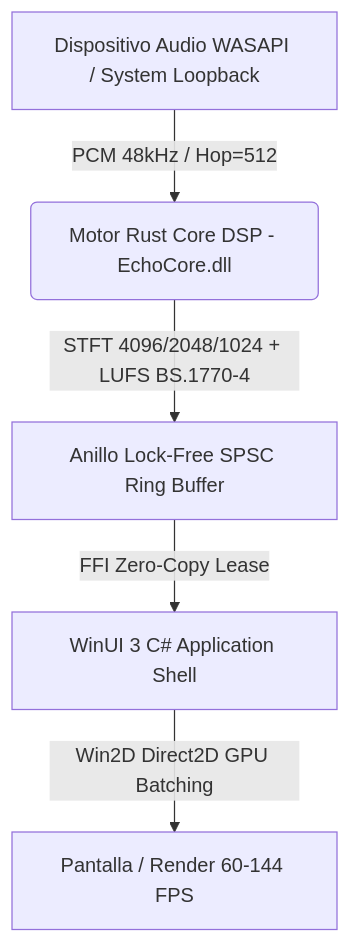
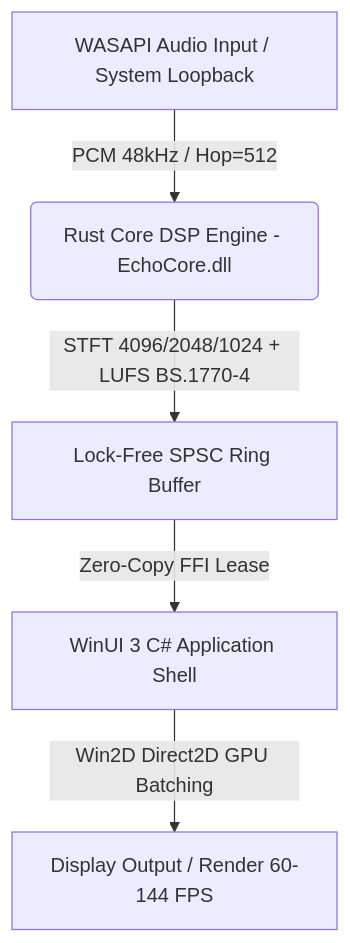
Before and after one commit to Jose-Polanco-Oxte/Echos-Live-Music-Visualizer: the diagram in README.md, drawn with Mermaid. The commit also changed other lines of this file and 2 other files, not shown here.

````diff
--- a/README.md
+++ b/README.md
@@ -60,7 +60,7 @@
 ```mermaid
 graph TD
-    A[Dispositivo Audio WASAPI / System Loopback] -->|PCM 48kHz / Hop=512| B(Motor Rust Core DSP - EchoCore.dll)
-    B -->|STFT 4096/2048/1024 + LUFS BS.1770-4| C[Anillo Lock-Free SPSC Ring Buffer]
-    C -->|FFI Zero-Copy Lease| D[WinUI 3 C# Application Shell]
-    D -->|Win2D Direct2D GPU Batching| E[Pantalla / Render 60-144 FPS]
+    A[WASAPI Audio Input / System Loopback] -->|PCM 48kHz / Hop=512| B(Rust Core DSP Engine - EchoCore.dll)
+    B -->|STFT 4096/2048/1024 + LUFS BS.1770-4| C[Lock-Free SPSC Ring Buffer]
+    C -->|Zero-Copy FFI Lease| D[WinUI 3 C# Application Shell]
+    D -->|Win2D Direct2D GPU Batching| E[Display Output / Render 60-144 FPS]
 ```
````
